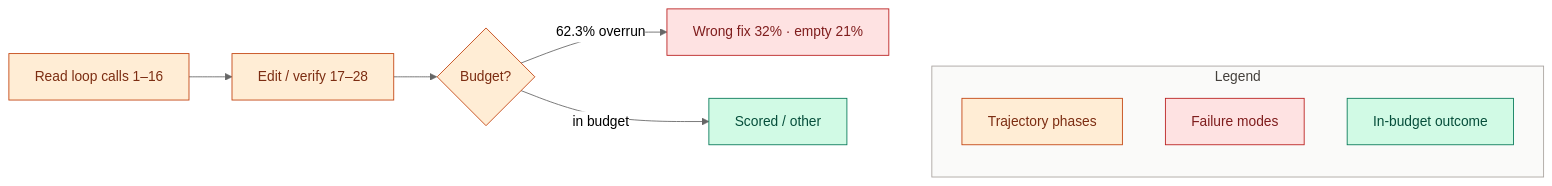
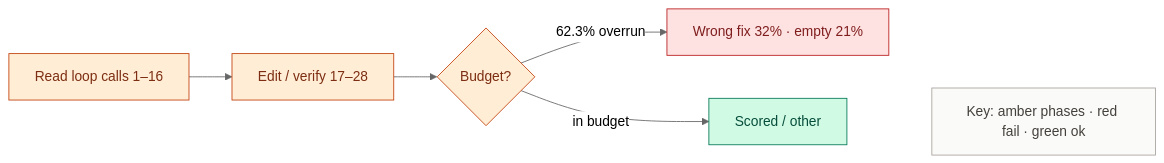
The sixth of 7 diagrams in docs/wiki/Architecture.md (khaosans/noisegate-gemma4-factory), drawn with Mermaid (neutral theme) before and after one commit. The commit also changed other lines of this file and 4 other files, not shown here.

First line of the commit message:
docs: compact Mermaid legends to single Key lines

````diff
--- a/docs/wiki/Architecture.md
+++ b/docs/wiki/Architecture.md
@@ -207,23 +181,18 @@
 ```mermaid
 flowchart LR
   Read[Read loop calls 1–16] --> Edit[Edit / verify 17–28]
   Edit --> Out{Budget?}
   Out -->|62.3% overrun| Fail[Wrong fix 32% · empty 21%]
   Out -->|in budget| Ok[Scored / other]
 
-  subgraph Legend["Legend"]
-    direction TB
-    LegP[Trajectory phases]
-    LegX[Failure modes]
-    LegOk[In-budget outcome]
-  end
-  Ok ~~~ LegP
+  Key["Key: amber phases · red fail · green ok"]
+  Ok ~~~ Key
 
   classDef product fill:#FFEDD5,stroke:#C2410C,color:#7C2D12
   classDef fail fill:#FEE2E2,stroke:#B91C1C,color:#7F1D1D
   classDef ok fill:#D1FAE5,stroke:#047857,color:#064E3B
-  class Read,Edit,Out,LegP product
-  class Fail,LegX fail
-  class Ok,LegOk ok
-  style Legend fill:#FAFAF9,stroke:#A8A29E,color:#44403C
+  class Read,Edit,Out product
+  class Fail fail
+  class Ok ok
+  style Key fill:#FAFAF9,stroke:#A8A29E,color:#44403C
 ```
````
